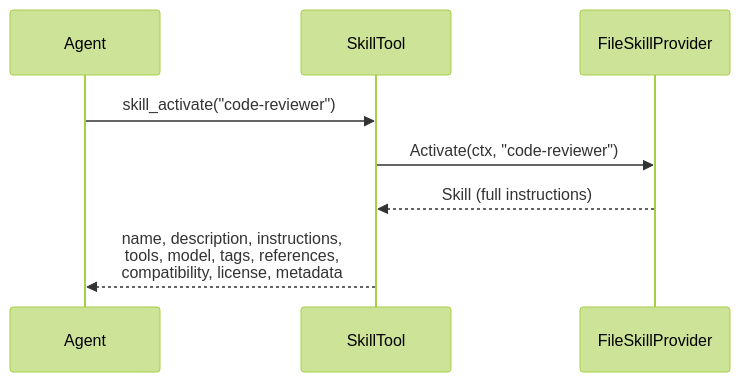
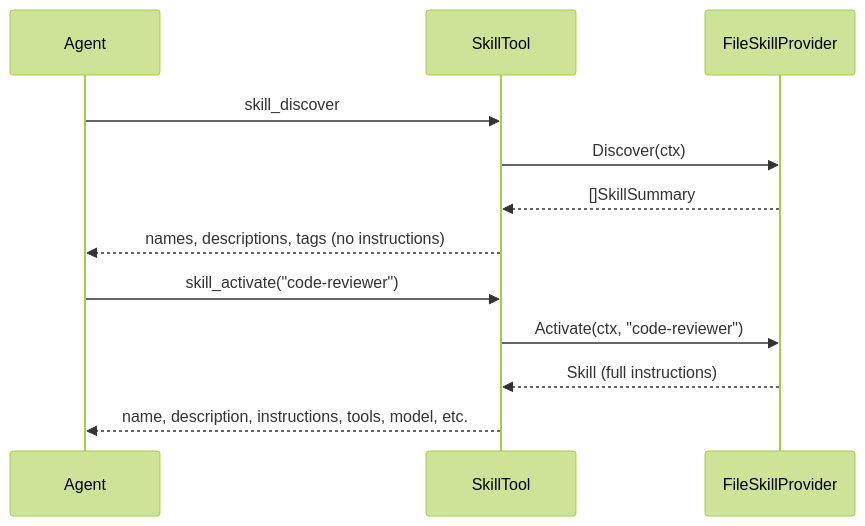
Before and after one commit to nevindra/oasis: the first of 2 diagrams in docs/guides/skills.md, drawn with Mermaid (forest theme). The commit also changed other lines of this file and 15 other files, not shown here.

````diff
--- a/docs/guides/skills.md
+++ b/docs/guides/skills.md
@@ -195,11 +96,16 @@
 ```mermaid
 sequenceDiagram
     participant Agent
     participant SkillTool
     participant Provider as FileSkillProvider
 
+    Agent->>SkillTool: skill_discover
+    SkillTool->>Provider: Discover(ctx)
+    Provider-->>SkillTool: []SkillSummary
+    SkillTool-->>Agent: names, descriptions, tags (no instructions)
+
     Agent->>SkillTool: skill_activate("code-reviewer")
     SkillTool->>Provider: Activate(ctx, "code-reviewer")
     Provider-->>SkillTool: Skill (full instructions)
-    SkillTool-->>Agent: name, description, instructions,<br>tools, model, tags, references,<br>compatibility, license, metadata
+    SkillTool-->>Agent: name, description, instructions, tools, model, etc.
 ```
````
